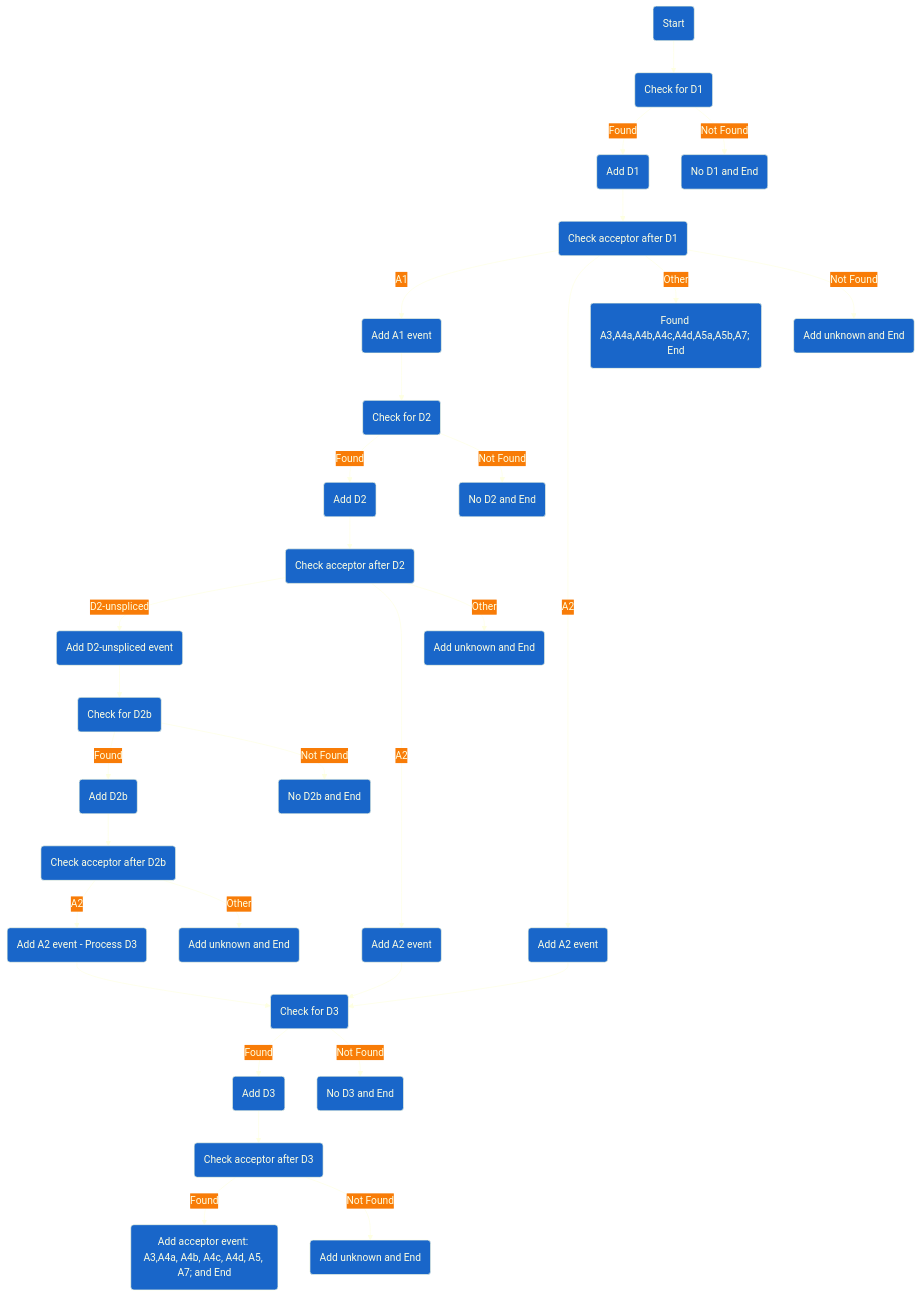
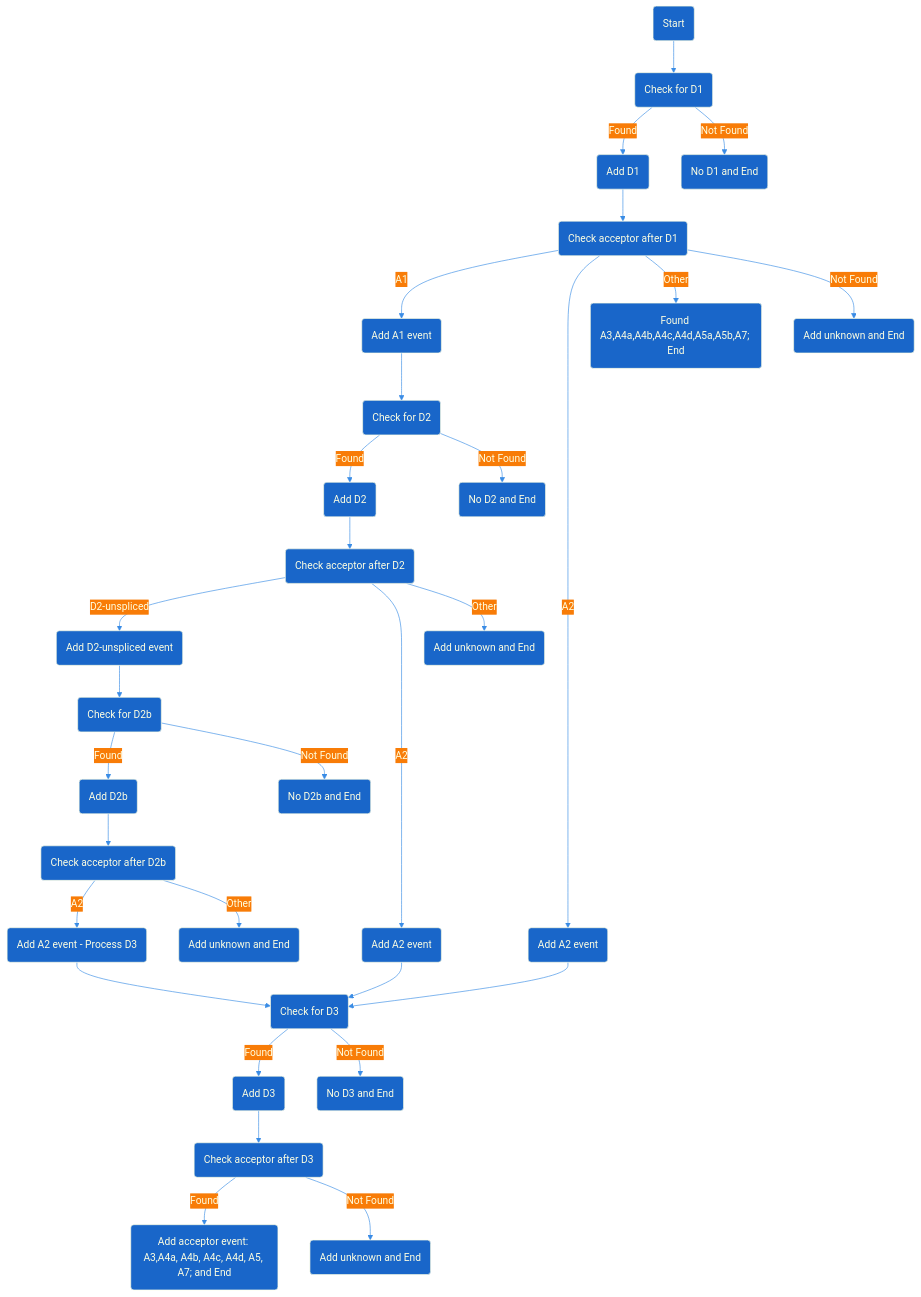
The diagram in Readme.md (ViralSeq/viRust-splicing), drawn with Mermaid before and after one commit.

````diff
--- a/Readme.md
+++ b/Readme.md
@@ -7,59 +7,59 @@
 ```mermaid
 
 %%{
   init: {
     'theme': 'base',
     'themeVariables': {
       'primaryColor': '#1966C9',
       'primaryTextColor': '#FEFFE2',
       'primaryBorderColor': '#FEFFE2',
-      'lineColor': '#FEFFE2',
+      'lineColor': '#3A8CE5',
       'secondaryColor': '#F87C07',
       'tertiaryColor': '#FF8BA0'
     }
   }
 }%%
 
 
 flowchart TD
     A(Start) --> B(Check for D1)
     B -- Found --> C(Add D1)
     B -- Not Found --> End1(No D1 and End)
 
     C --> D(Check acceptor after D1)
     D -- A1 --> E(Add A1 event)
     D -- A2 --> F(Add A2 event)
     D -- Other --> End2(Found A3,A4a,A4b,A4c,A4d,A5a,A5b,A7; End)
     D -- Not Found --> End3(Add unknown and End)
 
     E --> G(Check for D2)
     G -- Found --> H(Add D2)
     G -- Not Found --> End4(No D2 and End)
 
     H --> I(Check acceptor after D2)
     I -- D2-unspliced --> J(Add D2-unspliced event)
     I -- A2 --> K(Add A2 event)
     I -- Other --> End5(Add unknown and End)
 
     J --> L(Check for D2b)
     L -- Found --> M(Add D2b)
     L -- Not Found --> End6(No D2b and End)
 
     M --> N(Check acceptor after D2b)
     N -- A2 --> O(Add A2 event - Process D3)
     N -- Other --> End7(Add unknown and End)
 
     %% Convergence to the D3 branch:
     K --> P(Check for D3)
     F --> P
     O --> P
 
     P -- Found --> Q(Add D3)
     P -- Not Found --> End8(No D3 and End)
 
     Q --> R(Check acceptor after D3 )
     R -- Found --> End9(Add acceptor event: A3,A4a, A4b, A4c, A4d, A5, A7; and End)
     R -- Not Found --> End10(Add unknown and End)
 
 
 ```
````
